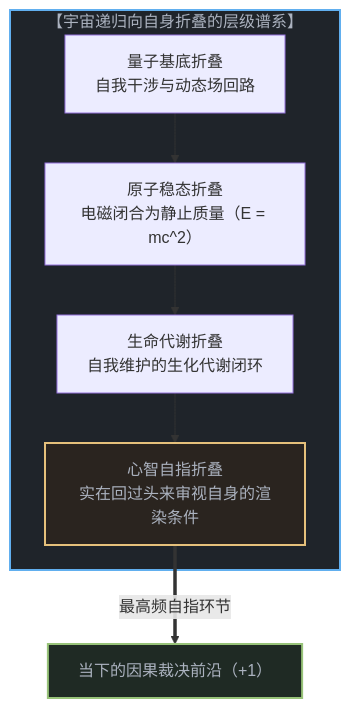
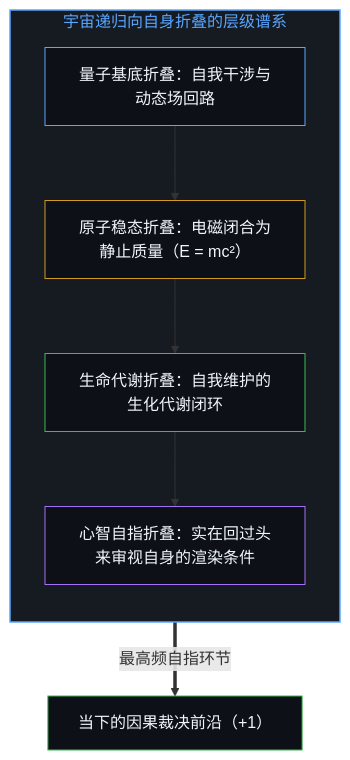
The first of 10 diagrams in content/posts/the-velocity-of-visibility.md (powerpig99/not-a-toe), drawn with Mermaid before and after one commit. The commit also changed other lines of this file and 23 other files, not shown here.

````diff
--- a/content/posts/the-velocity-of-visibility.md
+++ b/content/posts/the-velocity-of-visibility.md
@@ -21,19 +17,20 @@
 ```mermaid
-graph TD
-    subgraph CosmicFolding["【宇宙递归向自身折叠的层级谱系】"]
-        QuantumFold["量子基底折叠<br>自我干涉与动态场回路"]
-        AtomicFold["原子稳态折叠<br>电磁闭合为静止质量（E = mc^2）"]
-        BioFold["生命代谢折叠<br>自我维护的生化代谢闭环"]
-        MindFold["心智自指折叠<br>实在回过头来审视自身的渲染条件"]
-
-        QuantumFold --> AtomicFold
-        AtomicFold --> BioFold
-        BioFold --> MindFold
+flowchart TD
+    subgraph S_Fold["宇宙递归向自身折叠的层级谱系"]
+        direction TB
+        QuantumFold["量子基底折叠：自我干涉与动态场回路"]
+        AtomicFold["原子稳态折叠：电磁闭合为静止质量（E = mc²）"]
+        BioFold["生命代谢折叠：自我维护的生化代谢闭环"]
+        MindFold["心智自指折叠：实在回过头来审视自身的渲染条件"]
+        QuantumFold --> AtomicFold --> BioFold --> MindFold
     end
 
     MindFold ==>|"最高频自指环节"| LeadingEdge["当下的因果裁决前沿（+1）"]
 
-    style CosmicFolding fill:#1f242a,stroke:#61afef,stroke-width:2px,color:#abb2bf
-    style MindFold fill:#2a241f,stroke:#e5c07b,stroke-width:2px,color:#abb2bf
-    style LeadingEdge fill:#1f2a24,stroke:#98c379,stroke-width:2px,color:#abb2bf
+    style S_Fold fill:#161b22,stroke:#58a6ff,stroke-width:1.5px,color:#58a6ff
+    style QuantumFold fill:#0d1117,stroke:#58a6ff,stroke-width:1px,color:#f0f6fc
+    style AtomicFold fill:#0d1117,stroke:#d29922,stroke-width:1px,color:#f0f6fc
+    style BioFold fill:#0d1117,stroke:#3fb950,stroke-width:1px,color:#f0f6fc
+    style MindFold fill:#0d1117,stroke:#a371f7,stroke-width:1px,color:#f0f6fc
+    style LeadingEdge fill:#0d1117,stroke:#3fb950,stroke-width:1px,color:#f0f6fc
 ```
````
